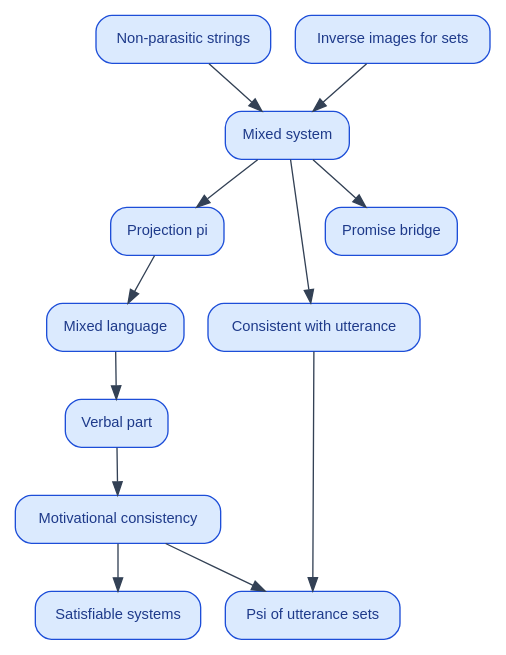
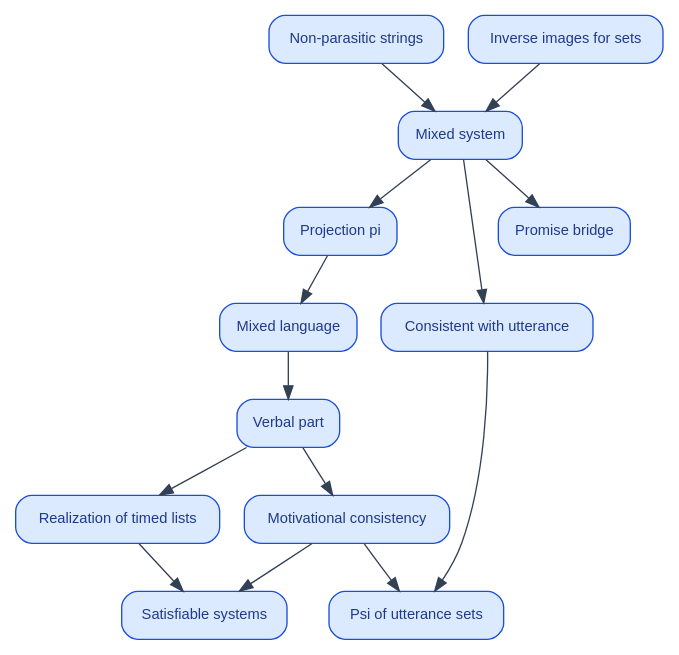
One commit to catskillsresearch/nowakowska1982 changed the diagram in Actions/Mixed/Mixed.dot. Above: the diagram before and after it, drawn with Graphviz. The commit also changed 13 other files, not shown here.

Commit message:
Split Realizes and Satisfiable into separate Mixed leaves and subsections.

```diff
--- a/Actions/Mixed/Mixed.dot
+++ b/Actions/Mixed/Mixed.dot
@@ -1,31 +1,34 @@
 digraph Mixed {
   rankdir=TB;
   node [shape=box, style="rounded,filled", fillcolor="#dbeafe",
         color="#1d4ed8", fontname="Helvetica", fontsize=11, fontcolor="#1e3a8a"];
   edge [color="#334155"];
 
   // Labels = subsection titles. Edge A -> B means B imports A.
   NonParasitic [label="Non-parasitic strings"];
   RinvSet [label="Inverse images for sets"];
   MixedSystem [label="Mixed system"];
   pi [label="Projection pi"];
   LM [label="Mixed language"];
   VerbalPart [label="Verbal part"];
   MotivationalConsistency [label="Motivational consistency"];
+  Realizes [label="Realization of timed lists"];
   Satisfiable [label="Satisfiable systems"];
   ConsistentWith [label="Consistent with utterance"];
   Psi [label="Psi of utterance sets"];
   PromiseBridge [label="Promise bridge"];
 
   NonParasitic -> MixedSystem;
   RinvSet -> MixedSystem;
   MixedSystem -> pi;
   pi -> LM;
   LM -> VerbalPart;
   VerbalPart -> MotivationalConsistency;
+  VerbalPart -> Realizes;
   MotivationalConsistency -> Satisfiable;
+  Realizes -> Satisfiable;
   MixedSystem -> ConsistentWith;
   ConsistentWith -> Psi;
   MotivationalConsistency -> Psi;
   MixedSystem -> PromiseBridge;
 }
```
